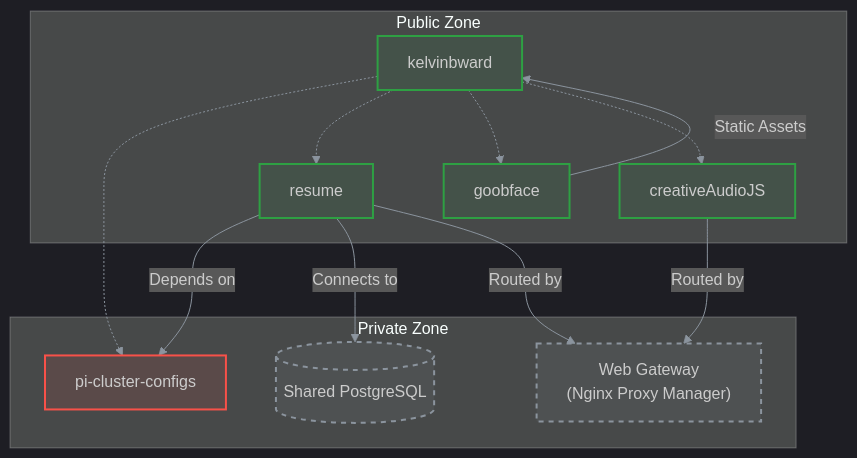
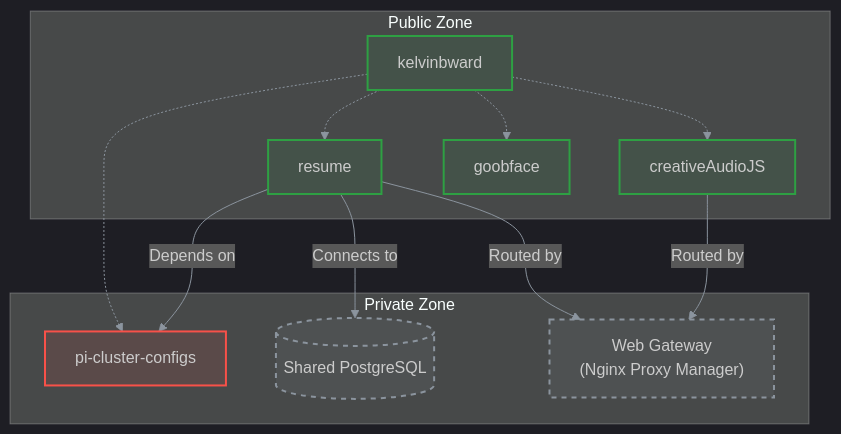
Before and after one commit to kelvinbward/kelvinbward: the diagram in README.md, drawn with Mermaid.

Commit message:
Remove GOOB connection to KBW in README
Removed the connection from GOOB to KBW in the diagram.

````diff
--- a/README.md
+++ b/README.md
@@ -9,39 +9,38 @@
 ```mermaid
 %%{init: {'theme': 'dark', 'themeVariables': { 'lineColor': '#8b949e' }}}%%
 graph TD
     subgraph Public["Public Zone"]
         KBW[kelvinbward]
         RES[resume]
         GOOB[goobface]
         CAJS[creativeAudioJS]
     end
 
     subgraph Private["Private Zone"]
         PCC[pi-cluster-configs]
         WG["Web Gateway<br>(Nginx Proxy Manager)"]
         DB[(Shared PostgreSQL)]
     end
 
     %% Network Connections
     RES -->|Depends on| PCC
     RES -->|Connects to| DB
     RES -->|Routed by| WG
 
     CAJS -->|Routed by| WG
-    GOOB -->|Static Assets| KBW
 
     %% Documentation Links
     KBW -.-> PCC
     KBW -.-> RES
     KBW -.-> GOOB
     KBW -.-> CAJS
 
     %% Using 8-digit hex for transparency to avoid rgba() parser errors
     classDef public stroke:#2ea043,stroke-width:2px,fill:#2ea0431a;
     classDef private stroke:#f85149,stroke-width:2px,fill:#f851491a;
     classDef infra stroke:#8b949e,stroke-width:2px,fill:#8b949e1a,stroke-dasharray: 5 5;
 
     class KBW,RES,GOOB,CAJS public;
     class PCC private;
     class WG,DB infra;
 ```
````
